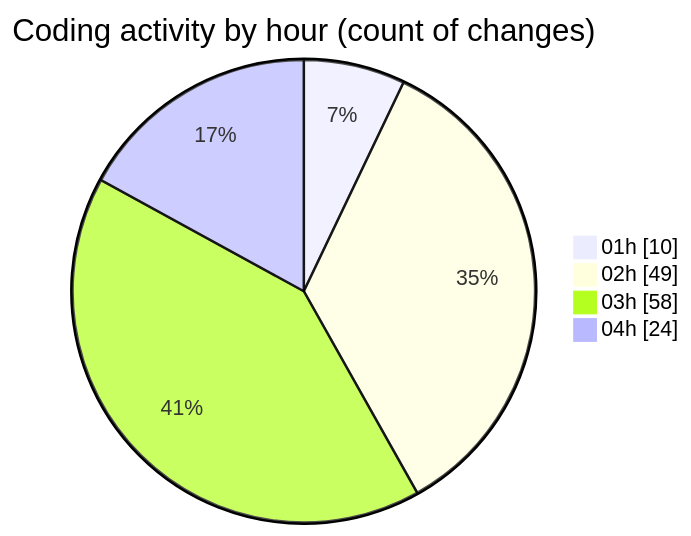
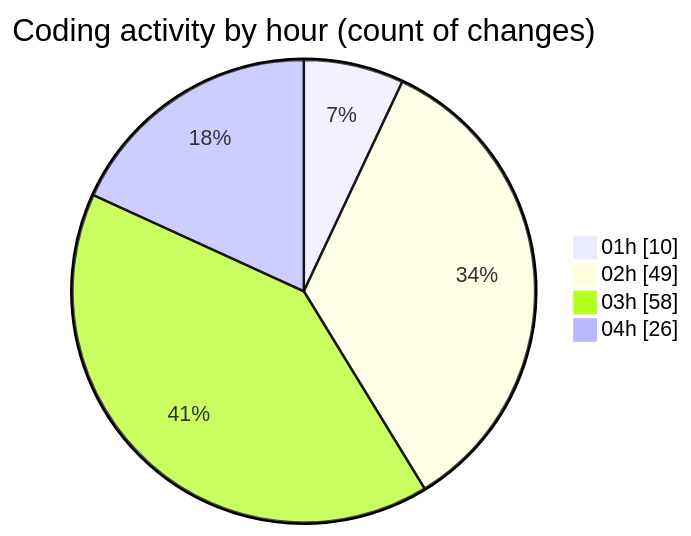
Before and after one commit to julien-gomy/code-tracking: the second of 2 diagrams in 2025-11-21/eventscop-frontend-guide__workspace_/README.md, drawn with Mermaid. The commit also changed other lines of this file and 1 other file, not shown here.

````diff
--- a/2025-11-21/eventscop-frontend-guide__workspace_/README.md
+++ b/2025-11-21/eventscop-frontend-guide__workspace_/README.md
@@ -71,8 +71,8 @@
 ```mermaid
 pie showData
 title Coding activity by hour (count of changes)
 "01h" : 10
 "02h" : 49
 "03h" : 58
-"04h" : 24
+"04h" : 26
 ```
````
